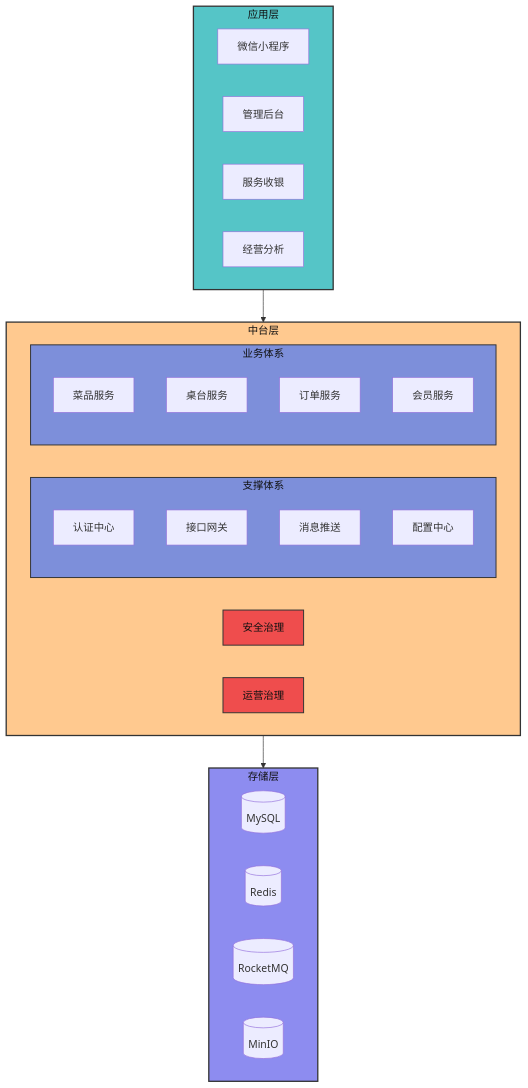
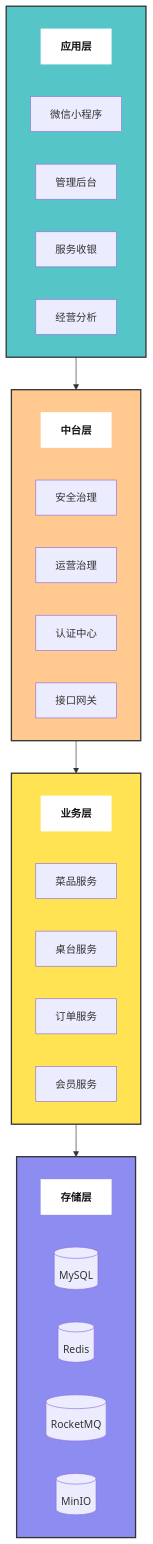
One commit to meisijiya/DIANCAN-SYSTEM changed the first of 3 diagrams in readme.md. Above: the diagram before and after it, drawn with Mermaid. The commit also changed other lines of this file, not shown here.

````diff
--- a/readme.md
+++ b/readme.md
@@ -34,46 +34,51 @@
 ```mermaid
 flowchart TB
-    subgraph Top[应用层]
+    subgraph R1[ ]
+        direction LR
+        L1[应用层]
         MINI[微信小程序]
         WEB[管理后台]
         SERVICE[服务收银]
         BI[经营分析]
     end
 
-    subgraph Center[中台层]
+    subgraph R2[ ]
+        direction LR
+        L2[中台层]
         SAFE[安全治理]
         OPSM[运营治理]
-
-        subgraph Platform[支撑体系]
-            AUTH[认证中心]
-            GATEWAY[接口网关]
-            SOCKET[消息推送]
-            CONFIG[配置中心]
-        end
-
-        subgraph Core[业务体系]
-            DISH[菜品服务]
-            TABLE[桌台服务]
-            ORDER[订单服务]
-            MEMBER[会员服务]
-        end
+        AUTH[认证中心]
+        GATEWAY[接口网关]
     end
 
-    subgraph Bottom[存储层]
+    subgraph R3[ ]
+        direction LR
+        L3[业务层]
+        DISH[菜品服务]
+        TABLE[桌台服务]
+        ORDER[订单服务]
+        MEMBER[会员服务]
+    end
+
+    subgraph R4[ ]
+        direction LR
+        L4[存储层]
         MYSQL[(MySQL)]
         REDIS[(Redis)]
         MQ[(RocketMQ)]
         MINIO[(MinIO)]
     end
 
-    Top --> Center
-    Center --> Bottom
+    R1 --> R2
+    R2 --> R3
+    R3 --> R4
 
-    style Top fill:#55c5c7,stroke:#333,stroke-width:2px,color:#111
-    style Center fill:#ffc98f,stroke:#333,stroke-width:2px,color:#111
-    style Bottom fill:#8d8cf0,stroke:#333,stroke-width:2px,color:#111
-    style Platform fill:#7d8fda,stroke:#333,stroke-width:1.5px,color:#111
-    style Core fill:#7d8fda,stroke:#333,stroke-width:1.5px,color:#111
-    style SAFE fill:#ef4d4d,stroke:#333,stroke-width:1.5px,color:#111
-    style OPSM fill:#ef4d4d,stroke:#333,stroke-width:1.5px,color:#111
+    style R1 fill:#55c5c7,stroke:#333,stroke-width:2px,color:#111
+    style R2 fill:#ffc98f,stroke:#333,stroke-width:2px,color:#111
+    style R3 fill:#ffe353,stroke:#333,stroke-width:2px,color:#111
+    style R4 fill:#8d8cf0,stroke:#333,stroke-width:2px,color:#111
+    style L1 fill:#ffffff,stroke:#ffffff,color:#111,font-weight:bold
+    style L2 fill:#ffffff,stroke:#ffffff,color:#111,font-weight:bold
+    style L3 fill:#ffffff,stroke:#ffffff,color:#111,font-weight:bold
+    style L4 fill:#ffffff,stroke:#ffffff,color:#111,font-weight:bold
 ```
````
